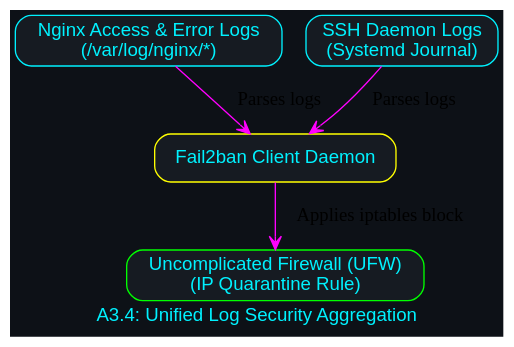
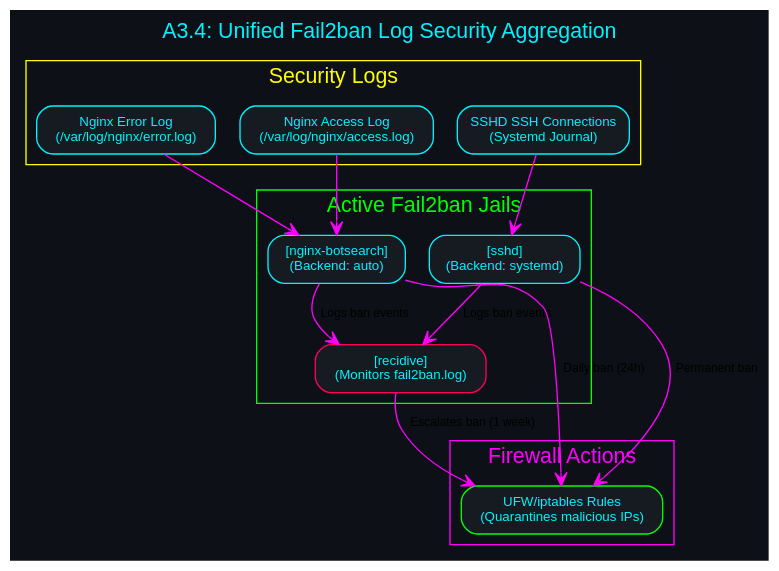
Before and after one commit to danindiana/hybrid-framework: the diagram in diagrams/compilations/future_log_aggregation.dot, drawn with Graphviz. The commit also changed 74 other files, not shown here.

Commit message:
docs: expand compilation diagrams to include detailed subgraphs and annotations

```diff
--- a/diagrams/compilations/future_log_aggregation.dot
+++ b/diagrams/compilations/future_log_aggregation.dot
@@ -1,14 +1,41 @@
 digraph FutureLogs {
-        graph [bgcolor="#0d1117", fontname="Helvetica", fontcolor="#00f2ff", label="A3.4: Unified Log Security Aggregation"];
-        node [shape=box, style="filled,rounded", color="#00f2ff", fontcolor="#00f2ff", fillcolor="#161b22", fontname="Helvetica"];
-        edge [color="#ff00ff", arrowhead=vee];
+        graph [bgcolor="#0d1117", fontname="Helvetica", fontcolor="#00f2ff", label="A3.4: Unified Fail2ban Log Security Aggregation", labelloc="t", fontsize=16];
+        node [shape=box, style="filled,rounded", color="#00f2ff", fontcolor="#00f2ff", fillcolor="#161b22", fontname="Helvetica", fontsize=10];
+        edge [color="#ff00ff", arrowhead=vee, fontname="Helvetica", fontsize=9];
 
-        Nginx_Logs [label="Nginx Access & Error Logs\n(/var/log/nginx/*)"];
-        SSHD_Logs [label="SSH Daemon Logs\n(Systemd Journal)"];
-        Fail2ban [label="Fail2ban Client Daemon", color="#ffff00"];
-        IP_Bans [label="Uncomplicated Firewall (UFW)\n(IP Quarantine Rule)", color="#00ff00"];
+        subgraph cluster_log_sources {
+            label = "Security Logs";
+            color = "#ffff00";
+            fontcolor = "#ffff00";
+            Nginx_Error [label="Nginx Error Log\n(/var/log/nginx/error.log)"];
+            Nginx_Access [label="Nginx Access Log\n(/var/log/nginx/access.log)"];
+            SSH_Journal [label="SSHD SSH Connections\n(Systemd Journal)"];
+        }
 
-        Nginx_Logs -> Fail2ban [label="Parses logs"];
-        SSHD_Logs -> Fail2ban [label="Parses logs"];
-        Fail2ban -> IP_Bans [label="Applies iptables block"];
+        subgraph cluster_fail2ban_jails {
+            label = "Active Fail2ban Jails";
+            color = "#00ff00";
+            fontcolor = "#00ff00";
+            Jail_Sshd [label="[sshd]\n(Backend: systemd)"];
+            Jail_Bot [label="[nginx-botsearch]\n(Backend: auto)"];
+            Jail_Recidive [label="[recidive]\n(Monitors fail2ban.log)", color="#ff0055"];
+        }
+
+        subgraph cluster_firewall {
+            label = "Firewall Actions";
+            color = "#ff00ff";
+            fontcolor = "#ff00ff";
+            UFW_Rule [label="UFW/iptables Rules\n(Quarantines malicious IPs)", color="#00ff00"];
+        }
+
+        Nginx_Error -> Jail_Bot;
+        Nginx_Access -> Jail_Bot;
+        SSH_Journal -> Jail_Sshd;
+        
+        Jail_Bot -> Jail_Recidive [label="Logs ban events"];
+        Jail_Sshd -> Jail_Recidive [label="Logs ban events"];
+        
+        Jail_Bot -> UFW_Rule [label="Daily ban (24h)"];
+        Jail_Sshd -> UFW_Rule [label="Permanent ban"];
+        Jail_Recidive -> UFW_Rule [label="Escalates ban (1 week)"];
     }
```
